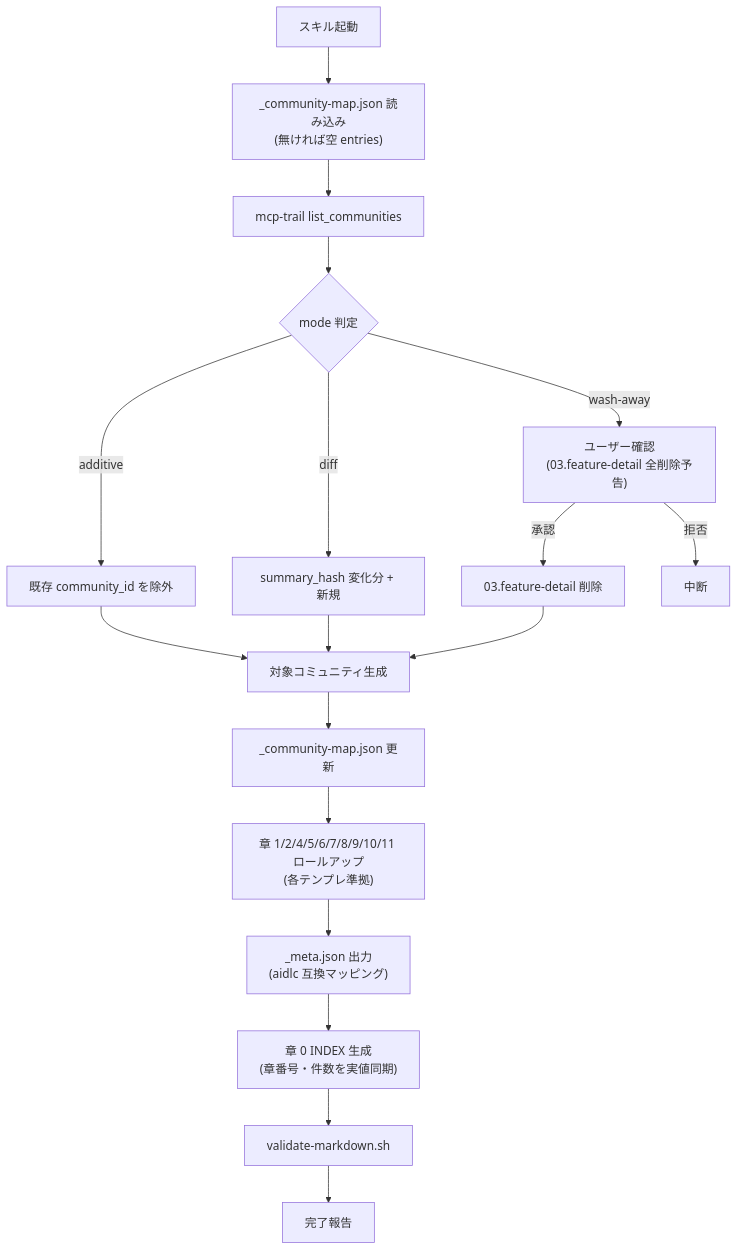
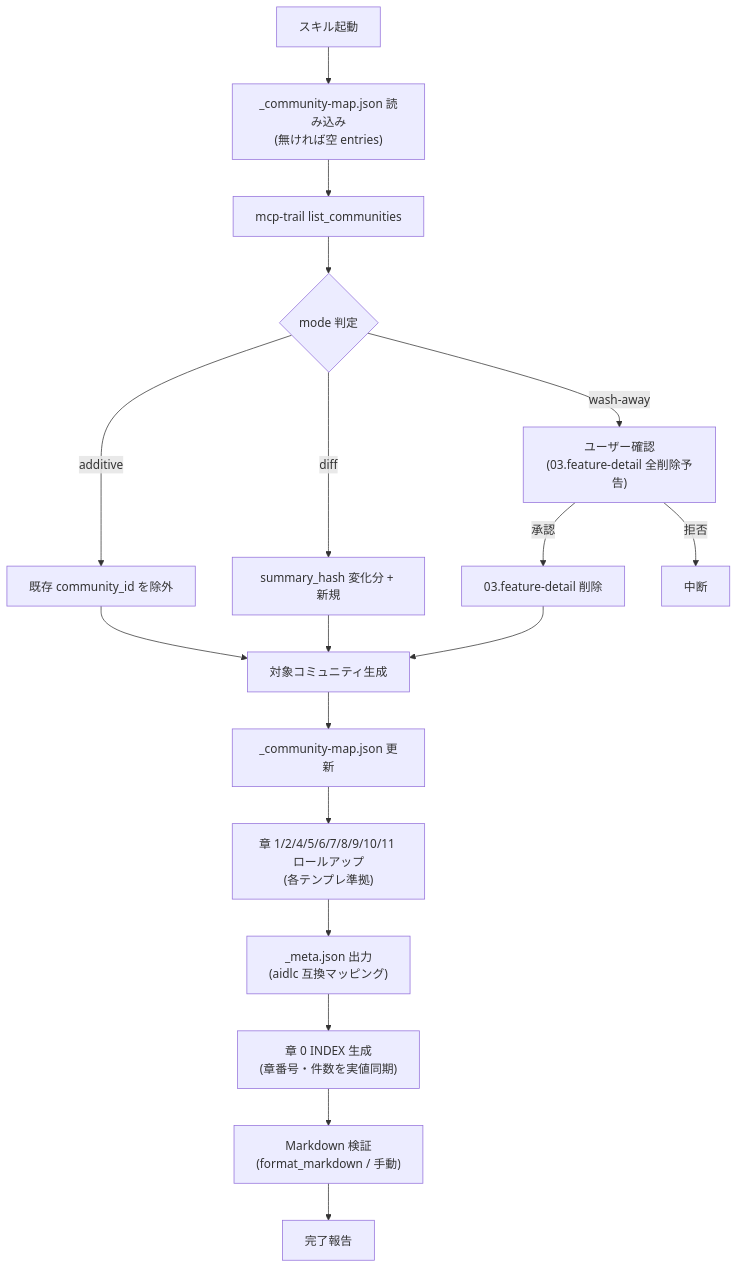
The diagram in packages/vscode-trail-extension/skills/anytime-reverse-spec/SKILL.md (anytime-trial/anytime-markdown), drawn with Mermaid before and after one commit. The commit also changed other lines of this file and 13 other files, not shown here.

````diff
--- a/packages/vscode-trail-extension/skills/anytime-reverse-spec/SKILL.md
+++ b/packages/vscode-trail-extension/skills/anytime-reverse-spec/SKILL.md
@@ -903,20 +909,20 @@
 ```mermaid
 flowchart TD
     Start["スキル起動"] --> ReadMap["_community-map.json 読み込み<br/>(無ければ空 entries)"]
     ReadMap --> ListDB["mcp-trail list_communities"]
     ListDB --> ModeBranch{"mode 判定"}
     ModeBranch -- "additive" --> AddFilter["既存 community_id を除外"]
     ModeBranch -- "diff" --> DiffFilter["summary_hash 変化分 + 新規"]
     ModeBranch -- "wash-away" --> Confirm["ユーザー確認<br/>(03.feature-detail 全削除予告)"]
     Confirm -- "承認" --> Wipe["03.feature-detail 削除"]
     Confirm -- "拒否" --> End["中断"]
     AddFilter --> Generate["対象コミュニティ生成"]
     DiffFilter --> Generate
     Wipe --> Generate
     Generate --> UpdateMap["_community-map.json 更新"]
     UpdateMap --> RollUp["章 1/2/4/5/6/7/8/9/10/11 ロールアップ<br/>(各テンプレ準拠)"]
     RollUp --> Meta["_meta.json 出力<br/>(aidlc 互換マッピング)"]
     Meta --> Index["章 0 INDEX 生成<br/>(章番号・件数を実値同期)"]
-    Index --> Validate["validate-markdown.sh"]
+    Index --> Validate["Markdown 検証<br/>(format_markdown / 手動)"]
     Validate --> Done["完了報告"]
 ```
````
